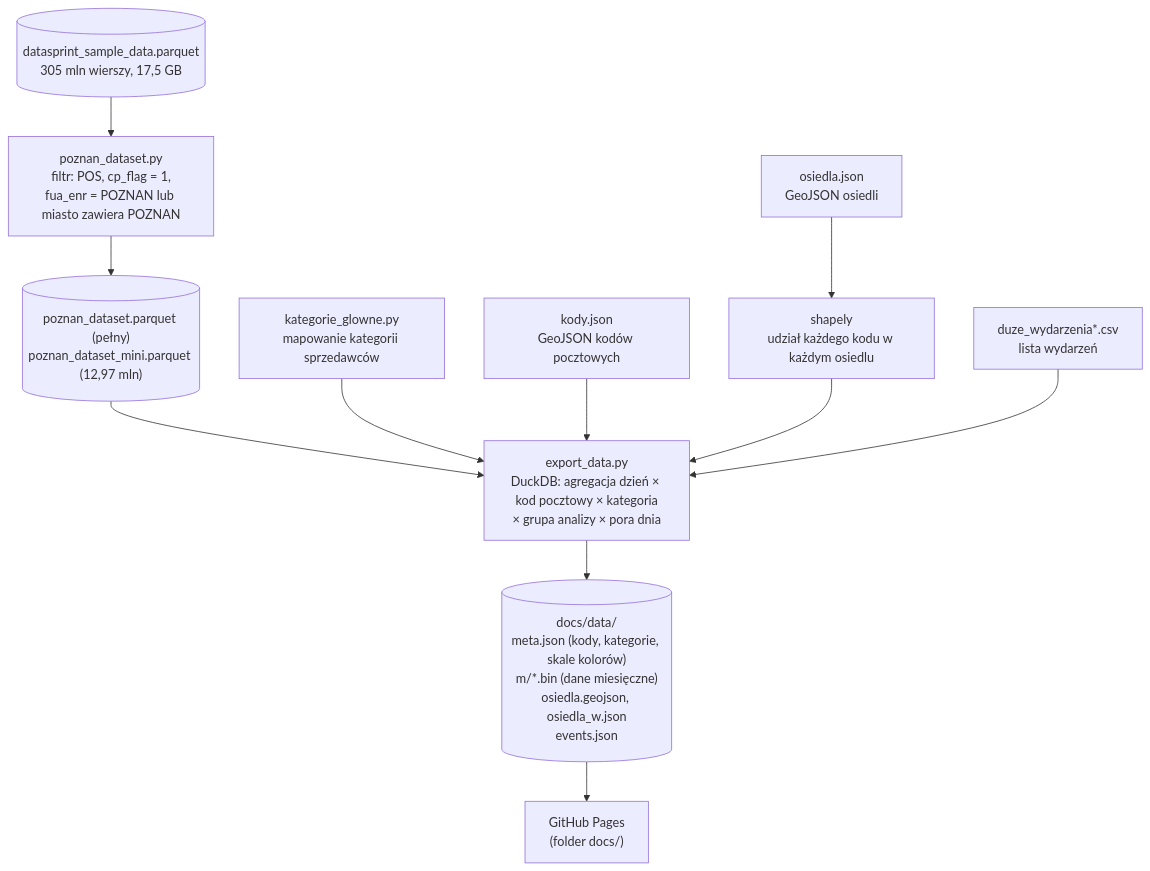
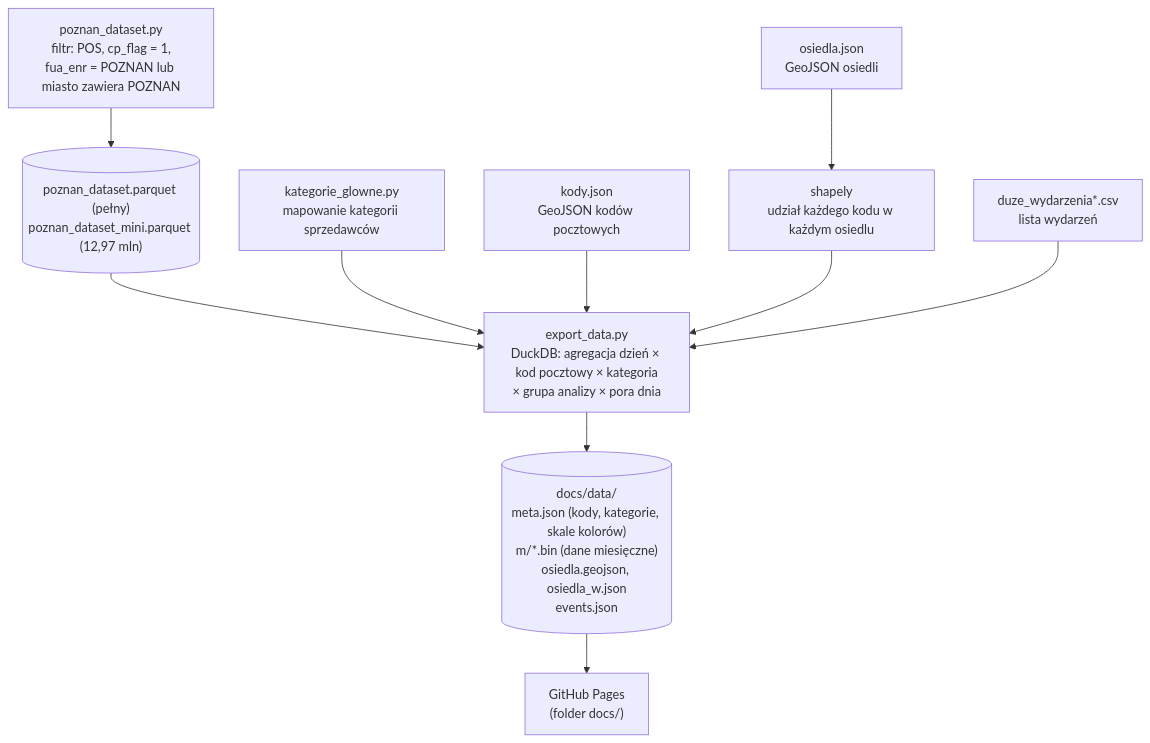
Before and after one commit to ZuzannaTabisz/app_datasprint: the first of 2 diagrams in README.md, drawn with Mermaid. The commit also changed other lines of this file, not shown here.

````diff
--- a/README.md
+++ b/README.md
@@ -36,21 +36,20 @@
 ```mermaid
 flowchart TD
-    A[("datasprint_sample_data.parquet<br/>305 mln wierszy, 17,5 GB")]
     B["poznan_dataset.py<br/>filtr: POS, cp_flag = 1,<br/>fua_enr = POZNAN lub miasto zawiera POZNAN"]
     C[("poznan_dataset.parquet (pełny)<br/>poznan_dataset_mini.parquet (12,97 mln)")]
     D["export_data.py<br/>DuckDB: agregacja dzień × kod pocztowy × kategoria<br/>× grupa analizy × pora dnia"]
     K["kategorie_glowne.py<br/>mapowanie kategorii sprzedawców"]
     G1["kody.json<br/>GeoJSON kodów pocztowych"]
     G2["osiedla.json<br/>GeoJSON osiedli"]
     E1["duze_wydarzenia*.csv<br/>lista wydarzeń"]
     S["shapely<br/>udział każdego kodu w każdym osiedlu"]
     O[("docs/data/<br/>meta.json (kody, kategorie, skale kolorów)<br/>m/*.bin (dane miesięczne)<br/>osiedla.geojson, osiedla_w.json<br/>events.json")]
     P["GitHub Pages<br/>(folder docs/)"]
 
-    A --> B --> C --> D
+    B --> C --> D
     K --> D
     G1 --> D
     G2 --> S --> D
     E1 --> D
     D --> O --> P
 ```
````
